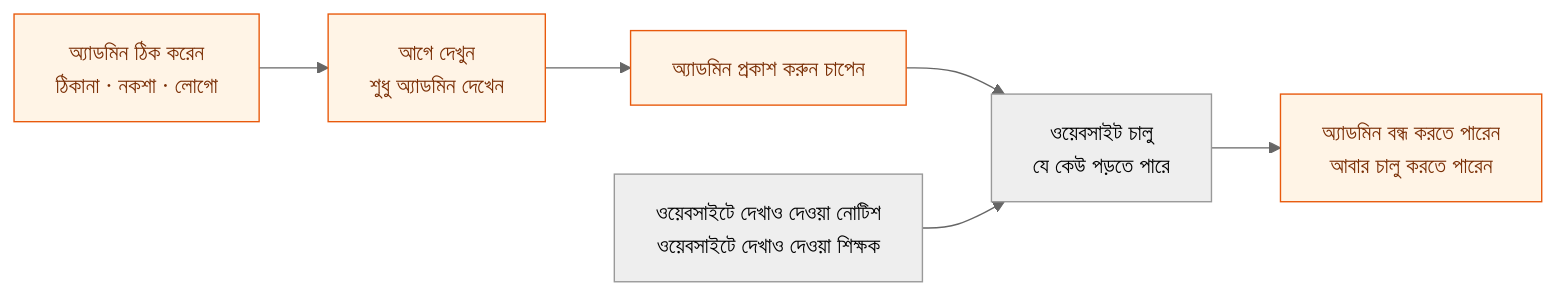
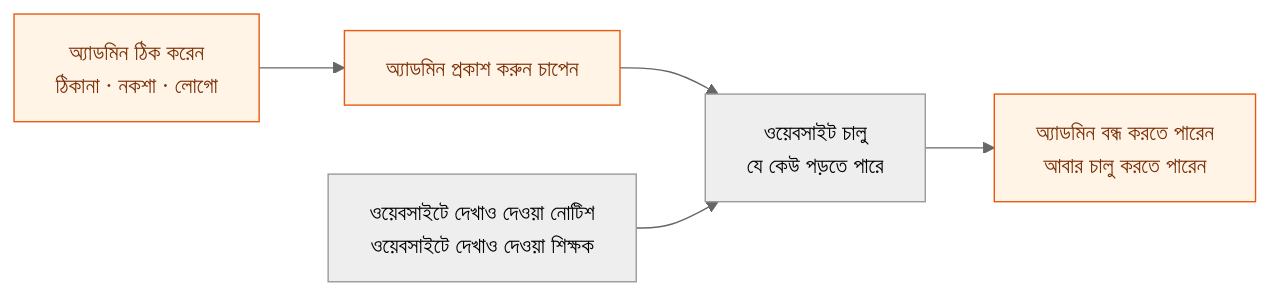
Before and after one commit to LBCron/biddaloy: the diagram in docs/user-guide/_diagrams/administration-website-overview.bn.mmd, drawn with Mermaid (neutral theme). The commit also changed 24 other files, not shown here.

```diff
--- a/docs/user-guide/_diagrams/administration-website-overview.bn.mmd
+++ b/docs/user-guide/_diagrams/administration-website-overview.bn.mmd
@@ -1,9 +1,8 @@
 %% title: স্কুলের ওয়েবসাইট কীভাবে চালু হয়
 %% desc: অ্যাডমিন ওয়েব ঠিকানা, নকশা আর লোগো ঠিক করেন। প্রকাশ চাপার আগে ওয়েবসাইট গোপন থাকে। প্রকাশের পর যে কেউ লগইন ছাড়াই পড়তে পারে। অ্যাডমিন যে নোটিশ আর শিক্ষক দেখাতে চান, সেগুলো সেখানে আসে। অ্যাডমিন চাইলে বন্ধ করে আবার চালু করতে পারেন।
 flowchart LR
-  S["অ্যাডমিন ঠিক করেন<br/>ঠিকানা · নকশা · লোগো"]:::admin --> P["আগে দেখুন<br/>শুধু অ্যাডমিন দেখেন"]:::admin
-  P --> B["অ্যাডমিন প্রকাশ করুন চাপেন"]:::admin
+  S["অ্যাডমিন ঠিক করেন<br/>ঠিকানা · নকশা · লোগো"]:::admin --> B["অ্যাডমিন প্রকাশ করুন চাপেন"]:::admin
   B --> W["ওয়েবসাইট চালু<br/>যে কেউ পড়তে পারে"]
   N["ওয়েবসাইটে দেখাও দেওয়া নোটিশ<br/>ওয়েবসাইটে দেখাও দেওয়া শিক্ষক"] --> W
   W --> O["অ্যাডমিন বন্ধ করতে পারেন<br/>আবার চালু করতে পারেন"]:::admin
   classDef admin fill:#fff4e6,stroke:#e8590c,color:#7a2e05
```
